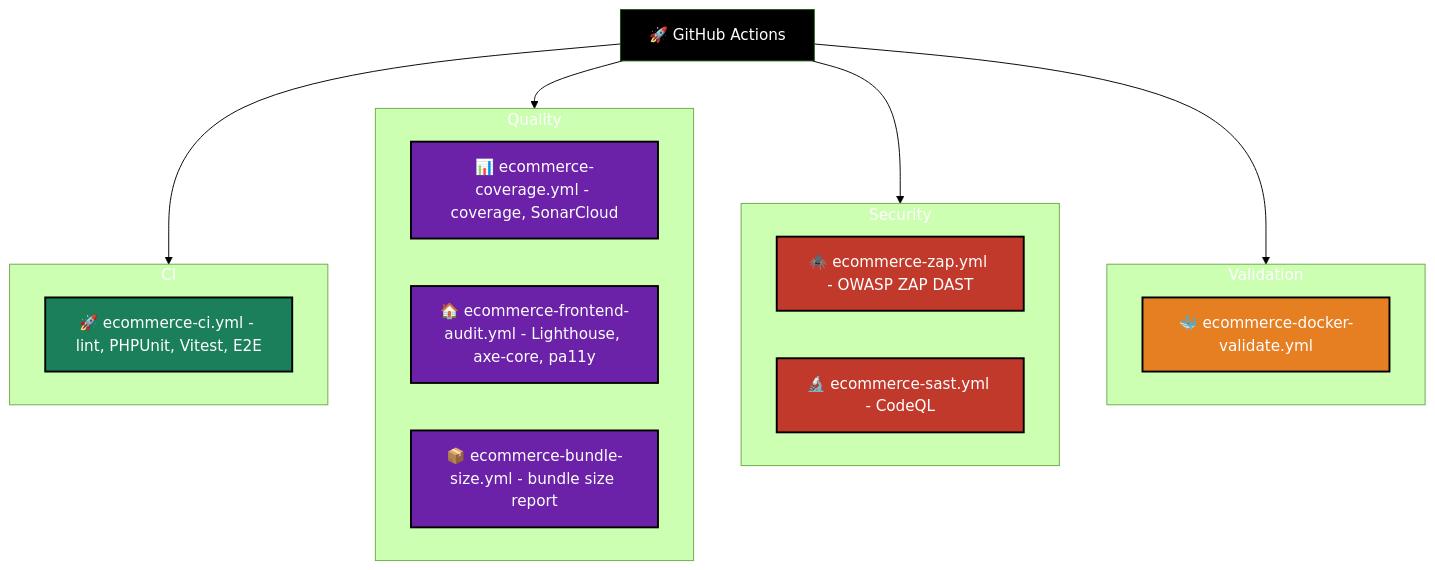
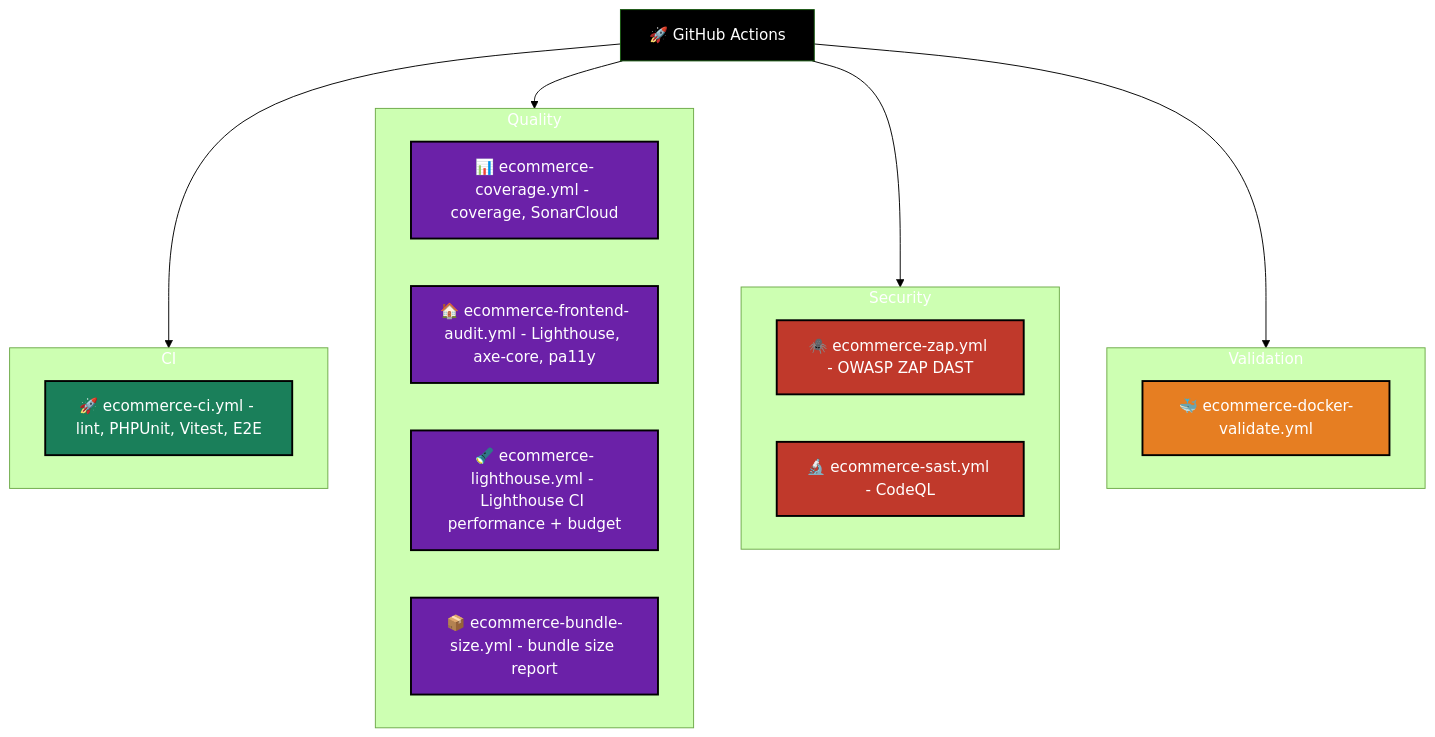
One commit to developer-samuel/levelup-store changed the diagram in apps/ecommerce/docs/diagrams/graphs/tooling/workflows.mmd. Above: the diagram before and after it, drawn with Mermaid (forest theme). The commit also changed 4 other files, not shown here.

Commit message:
feat: add lighthouse ci with budget enforcement for ecommerce

```diff
--- a/apps/ecommerce/docs/diagrams/graphs/tooling/workflows.mmd
+++ b/apps/ecommerce/docs/diagrams/graphs/tooling/workflows.mmd
@@ -1,43 +1,44 @@
 graph TD
     %% Class Styles
     classDef root fill:#000, color:#fff;
     classDef ci fill:#1a7f5a, color:#fff, stroke:#000, stroke-width:2px;
     classDef quality fill:#6b21a8, color:#fff, stroke:#000, stroke-width:2px;
     classDef security fill:#c0392b, color:#fff, stroke:#000, stroke-width:2px;
     classDef validation fill:#e67e22, color:#fff, stroke:#000, stroke-width:2px;
 
     %% Root
     GHA[🚀 GitHub Actions]:::root
 
     %% ── CI ────────────────────────────────────────────────────────────────────
 
     subgraph CI["CI"]
         CIYml[🚀 ecommerce-ci.yml - lint, PHPUnit, Vitest, E2E]:::ci
     end
 
     %% ── Quality ───────────────────────────────────────────────────────────────
 
     subgraph Quality["Quality"]
         Coverage[📊 ecommerce-coverage.yml - coverage, SonarCloud]:::quality
         FrontendAudit[🏠 ecommerce-frontend-audit.yml - Lighthouse, axe-core, pa11y]:::quality
+        LighthouseCI[🔦 ecommerce-lighthouse.yml - Lighthouse CI performance + budget]:::quality
         BundleSize[📦 ecommerce-bundle-size.yml - bundle size report]:::quality
     end
 
     %% ── Security ──────────────────────────────────────────────────────────────
 
     subgraph Security["Security"]
         Zap[🕷️ ecommerce-zap.yml - OWASP ZAP DAST]:::security
         Sast[🔬 ecommerce-sast.yml - CodeQL]:::security
     end
 
     %% ── Validation ────────────────────────────────────────────────────────────
 
     subgraph Validation["Validation"]
         DockerValidate[🐳 ecommerce-docker-validate.yml]:::validation
     end
 
     %% Connections
     GHA --> CI
     GHA --> Quality
     GHA --> Security
     GHA --> Validation
```
